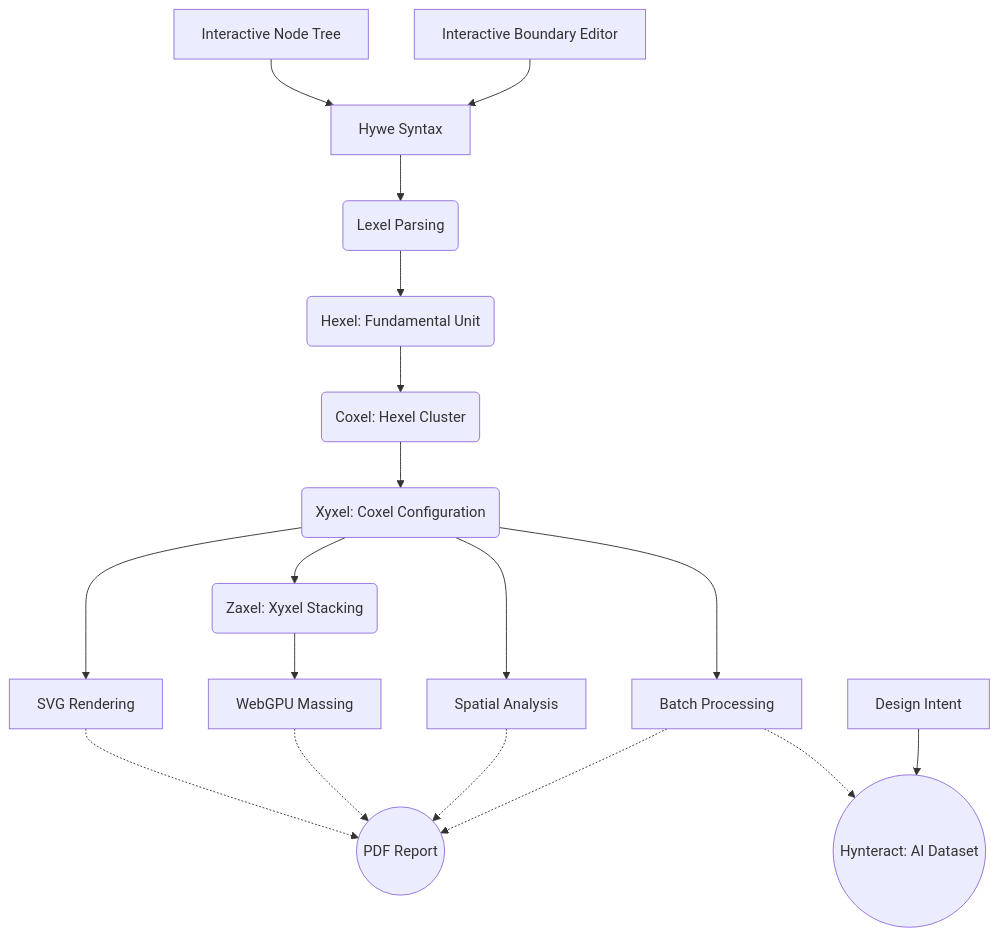
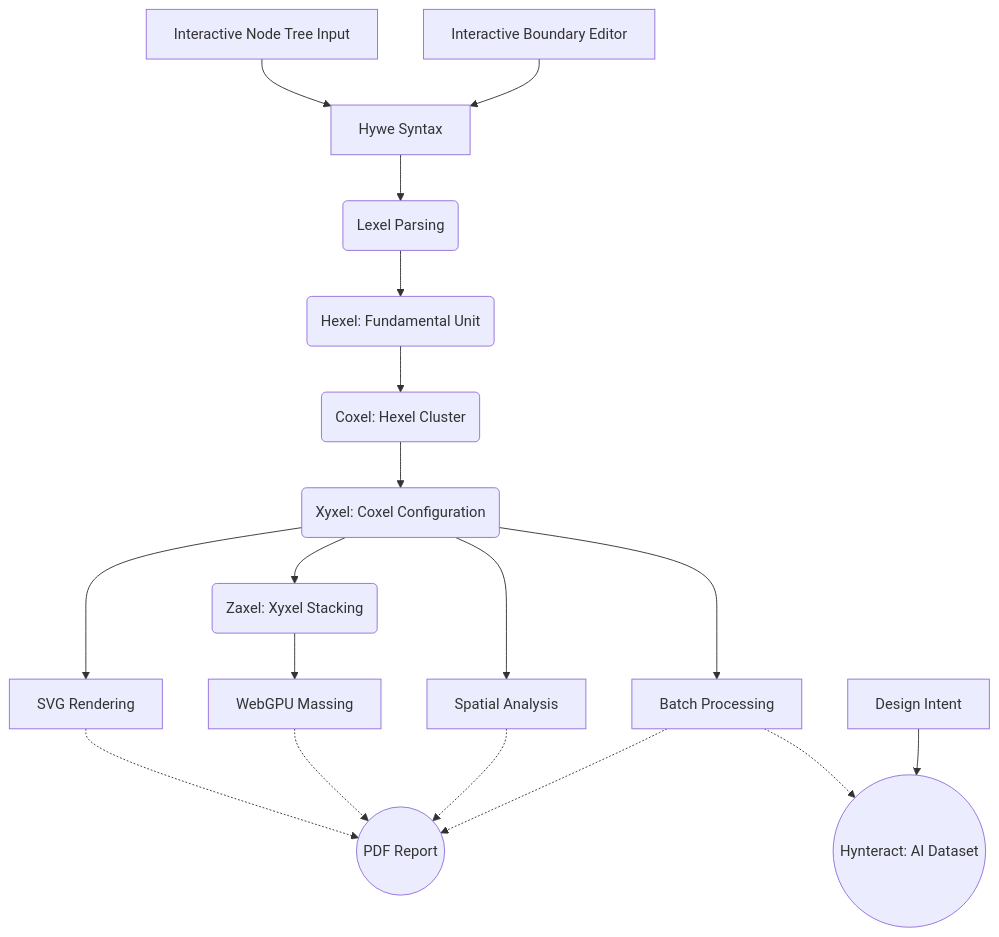
Before and after one commit to vykrum/Hywe: the diagram in README.md, drawn with Mermaid. The commit also changed other lines of this file, not shown here.

Commit message:
README Update

````diff
--- a/README.md
+++ b/README.md
@@ -86,24 +86,24 @@
 ```mermaid
 graph TD
-    A1[Interactive Node Tree] --> B[Hywe Syntax]
+    A1[Interactive Node Tree Input] --> B[Hywe Syntax]
     A2[Interactive Boundary Editor] --> B[Hywe Syntax]
     B --> C(Lexel Parsing)
     C --> D(Hexel: Fundamental Unit)
     D --> E(Coxel: Hexel Cluster)
     E --> F(Xyxel: Coxel Configuration)
     F --> G(Zaxel: Xyxel Stacking)
     
     F --> F1[SVG Rendering]
     G --> G1[WebGPU Massing]
     
     F --> H[Spatial Analysis]
     F --> I[Batch Processing]
     
     F1 -.-> ReportLabel((PDF Report))
     G1 -.-> ReportLabel
     H -.-> ReportLabel
     I -.-> ReportLabel
     
     I -.-> DatasetLabel((Hynteract: AI Dataset))
     DesignIntent[Design Intent] --> DatasetLabel
 ```
````
